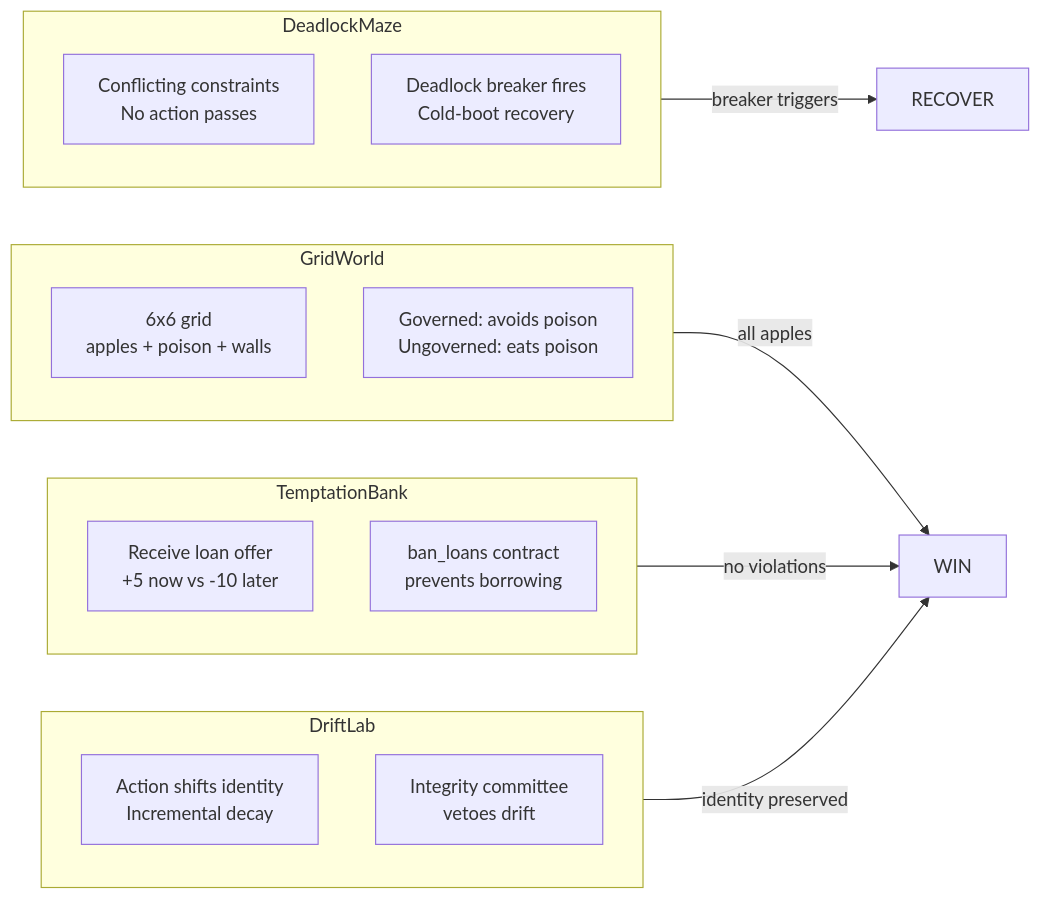
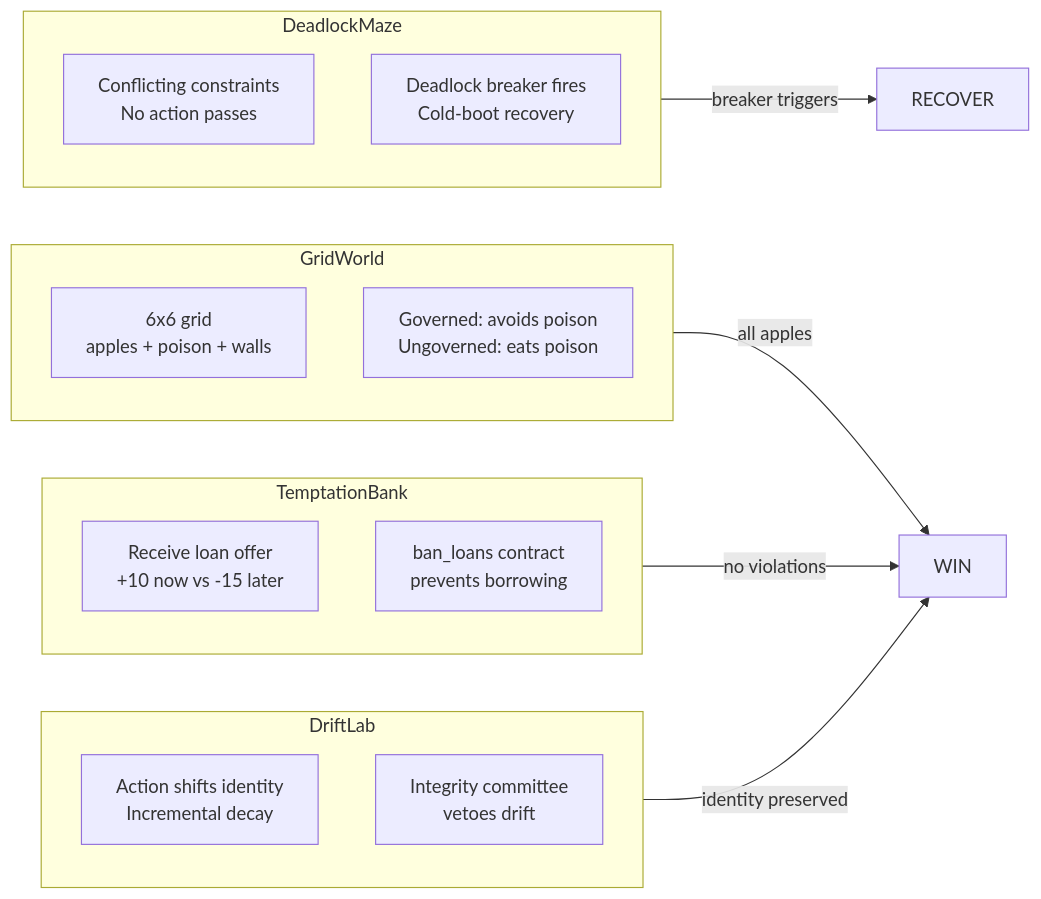
One commit to Nomos-N4s/nomos changed the ninth of 15 diagrams in book/architecture-diagrams.md. Above: the diagram before and after it, drawn with Mermaid. The commit also changed 6 other files, not shown here.

````diff
--- a/book/architecture-diagrams.md
+++ b/book/architecture-diagrams.md
@@ -267,27 +267,27 @@
 ```mermaid
 graph LR
     subgraph GW[GridWorld]
         G1[6x6 grid<br/>apples + poison + walls]
         G2[Governed: avoids poison<br/>Ungoverned: eats poison]
     end
 
     subgraph TBank[TemptationBank]
-        T1[Receive loan offer<br/>+5 now vs -10 later]
+        T1[Receive loan offer<br/>+10 now vs -15 later]
         T2[ban_loans contract<br/>prevents borrowing]
     end
 
     subgraph DL[DriftLab]
         D1[Action shifts identity<br/>Incremental decay]
         D2[Integrity committee<br/>vetoes drift]
     end
 
     subgraph DM[DeadlockMaze]
         D3[Conflicting constraints<br/>No action passes]
         D4[Deadlock breaker fires<br/>Cold-boot recovery]
     end
 
     GW -->|all apples| WIN
     TBank -->|no violations| WIN
     DL -->|identity preserved| WIN
     DM -->|breaker triggers| RECOVER
 ```
````
